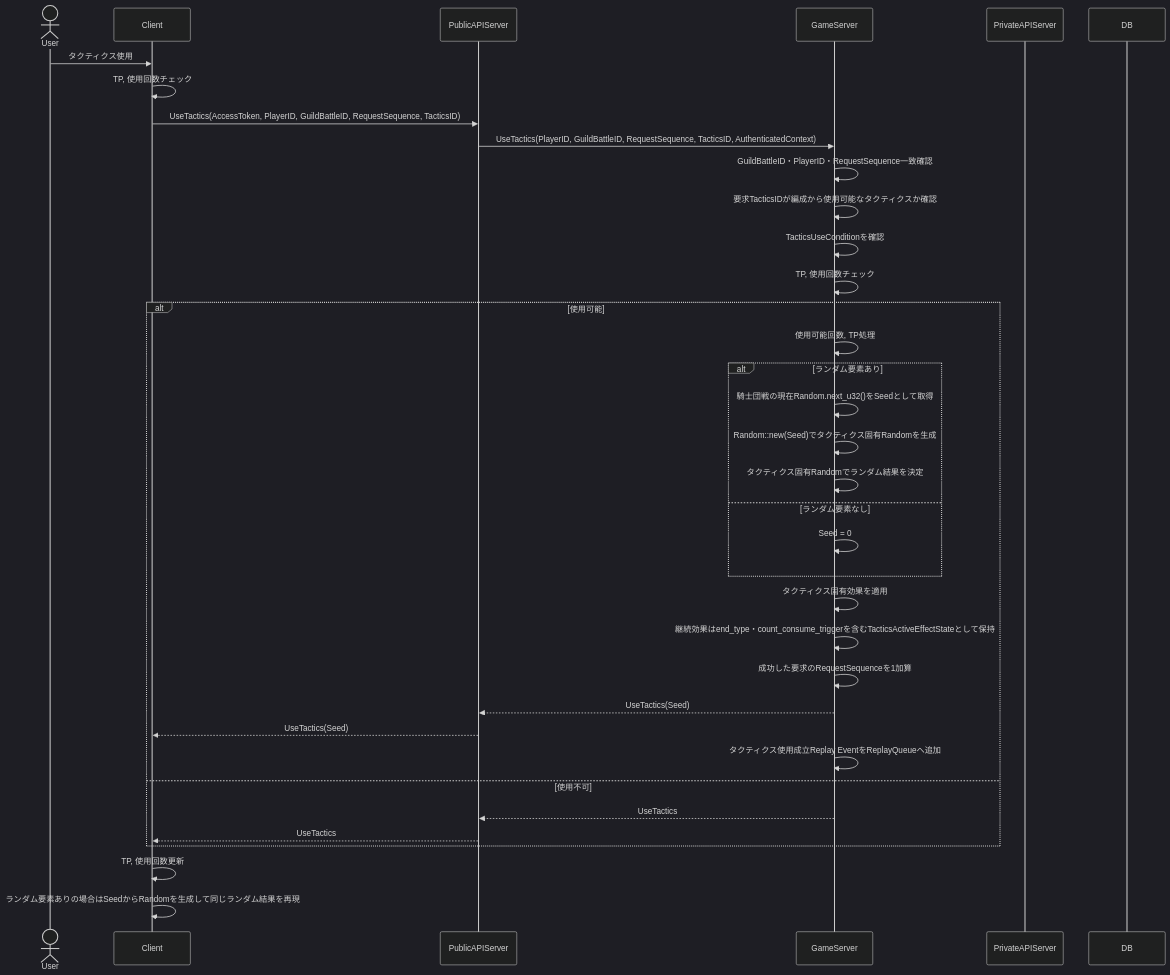
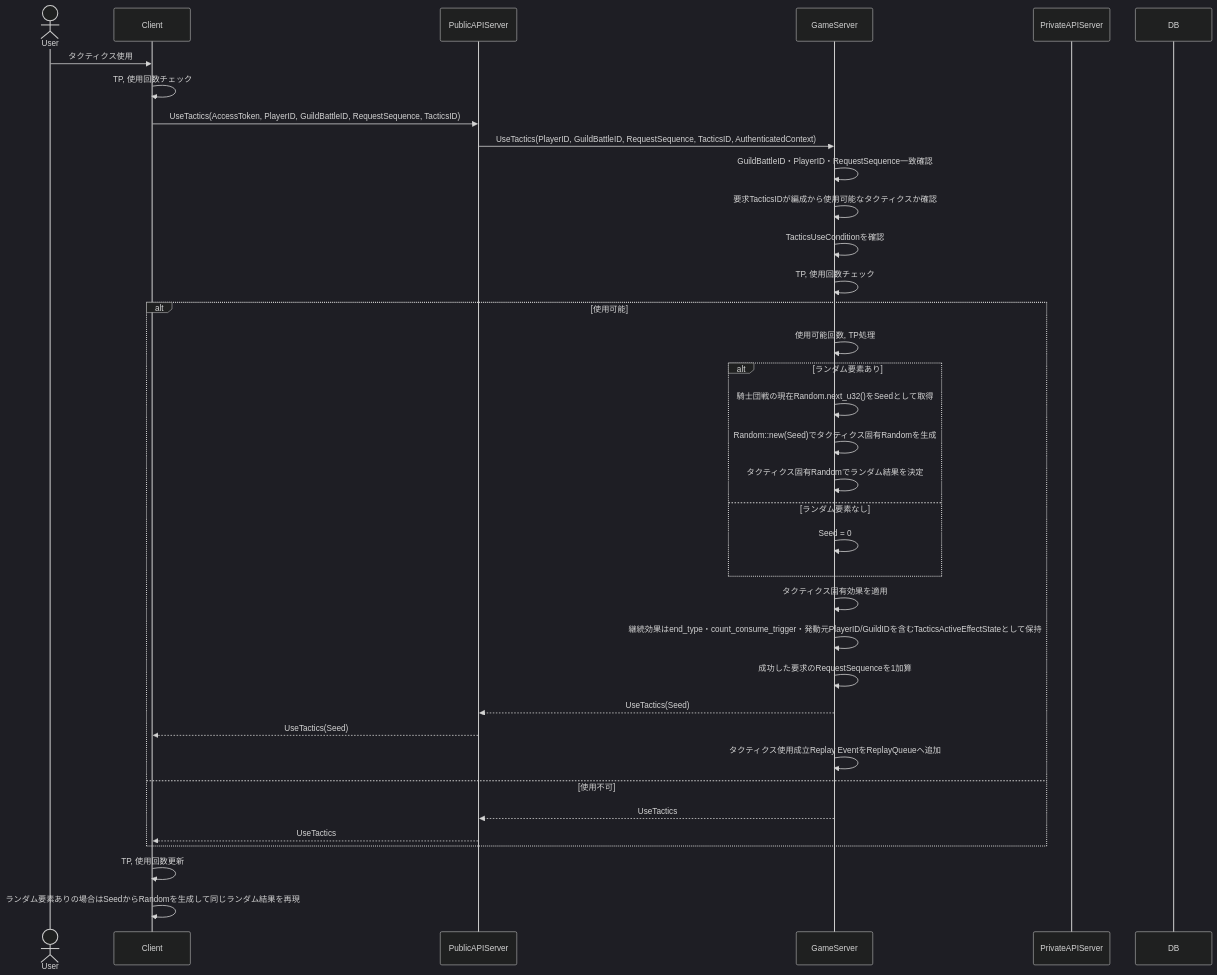
One commit to ReHydrangeaOdyssey/Specifications changed the fifth of 13 diagrams in design/server/guild_battle.md. Above: the diagram before and after it, drawn with Mermaid (dark theme). The commit also changed other lines of this file and 16 other files, not shown here.

````diff
--- a/design/server/guild_battle.md
+++ b/design/server/guild_battle.md
@@ -315,43 +316,43 @@
 ``` mermaid
 sequenceDiagram
     actor User
     participant Client
     participant PublicAPIServer
     participant GameServer
     participant PrivateAPIServer
     participant DB
 
     User->>Client: タクティクス使用
     Client->>Client: TP, 使用回数チェック
     Client->>PublicAPIServer: UseTactics(AccessToken, PlayerID, GuildBattleID, RequestSequence, TacticsID)
     PublicAPIServer->>GameServer: UseTactics(PlayerID, GuildBattleID, RequestSequence, TacticsID, AuthenticatedContext)
 
     GameServer->>GameServer: GuildBattleID・PlayerID・RequestSequence一致確認
     GameServer->>GameServer: 要求TacticsIDが編成から使用可能なタクティクスか確認
     GameServer->>GameServer: TacticsUseConditionを確認
     GameServer->>GameServer: TP, 使用回数チェック
 
     alt 使用可能
         GameServer->>GameServer: 使用可能回数, TP処理
         alt ランダム要素あり
             GameServer->>GameServer: 騎士団戦の現在Random.next_u32()をSeedとして取得
             GameServer->>GameServer: Random::new(Seed)でタクティクス固有Randomを生成
             GameServer->>GameServer: タクティクス固有Randomでランダム結果を決定
         else ランダム要素なし
             GameServer->>GameServer: Seed = 0
         end
         GameServer->>GameServer: タクティクス固有効果を適用
-        GameServer->>GameServer: 継続効果はend_type・count_consume_triggerを含むTacticsActiveEffectStateとして保持
+        GameServer->>GameServer: 継続効果はend_type・count_consume_trigger・発動元PlayerID/GuildIDを含むTacticsActiveEffectStateとして保持
         GameServer->>GameServer: 成功した要求のRequestSequenceを1加算
         GameServer-->>PublicAPIServer: UseTactics(Seed)
         PublicAPIServer-->>Client: UseTactics(Seed)
 
         GameServer ->> GameServer: タクティクス使用成立Replay EventをReplayQueueへ追加
     else 使用不可
         GameServer-->>PublicAPIServer: UseTactics
         PublicAPIServer-->>Client: UseTactics
     end
     
     Client->>Client: TP, 使用回数更新
     Client->>Client: ランダム要素ありの場合はSeedからRandomを生成して同じランダム結果を再現
 ```
````
